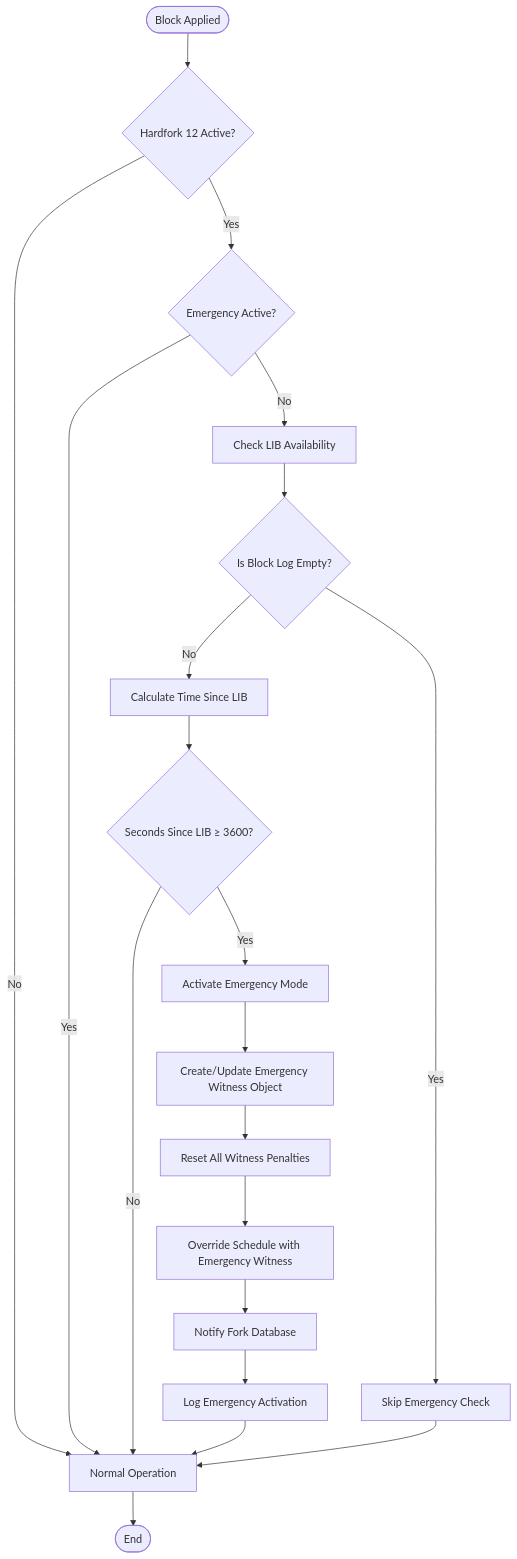
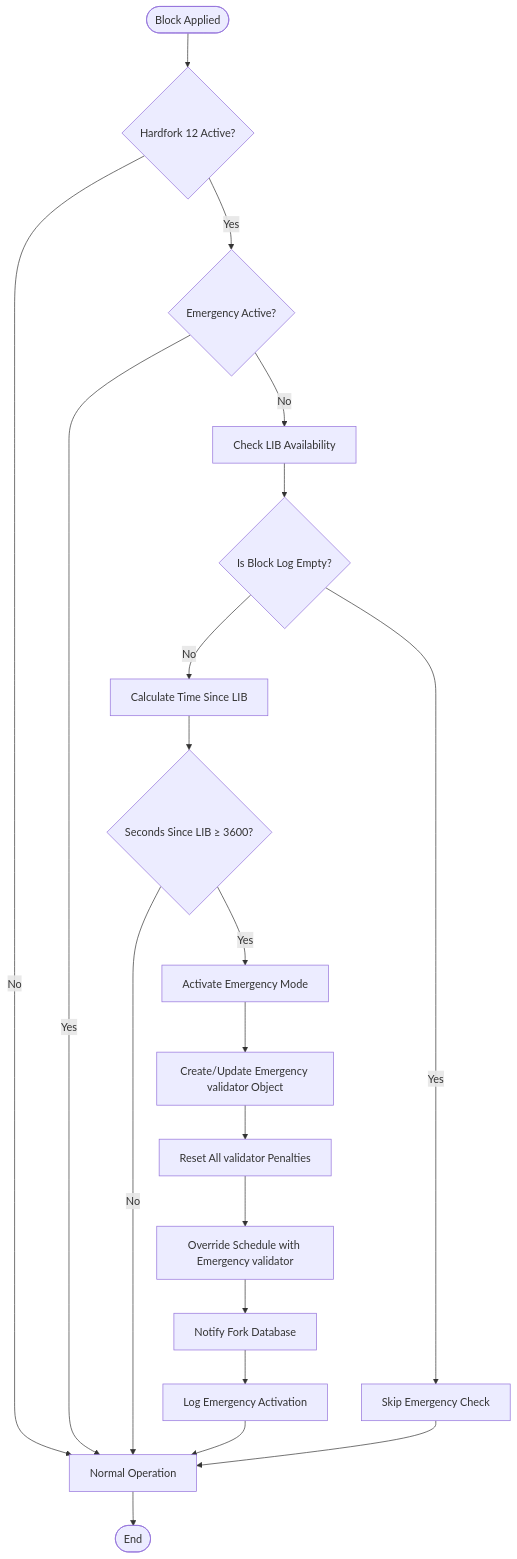
One commit to VIZ-Blockchain/viz-cpp-node changed the third of 9 diagrams in .qoder/repowiki/en/content/Core Libraries/Emergency Consensus System.md. Above: the diagram before and after it, drawn with Mermaid. The commit also changed other lines of this file and 88 other files, not shown here.

First line of the commit message:
docs(validator): rename witness to validator throughout documentation

````diff
--- a/.qoder/repowiki/en/content/Core Libraries/Emergency Consensus System.md
+++ b/.qoder/repowiki/en/content/Core Libraries/Emergency Consensus System.md
@@ -194,22 +194,22 @@
 ```mermaid
 flowchart TD
 Start([Block Applied]) --> CheckHF{"Hardfork 12 Active?"}
 CheckHF --> |No| Normal[Normal Operation]
 CheckHF --> |Yes| CheckActive{"Emergency Active?"}
 CheckActive --> |Yes| Normal
 CheckActive --> |No| CheckLIB["Check LIB Availability"]
 CheckLIB --> CheckEmpty{"Is Block Log Empty?"}
 CheckEmpty --> |Yes| SkipCheck["Skip Emergency Check"]
 CheckEmpty --> |No| CalcTime["Calculate Time Since LIB"]
 CalcTime --> CheckTimeout{"Seconds Since LIB ≥ 3600?"}
 CheckTimeout --> |No| Normal
 CheckTimeout --> |Yes| Activate["Activate Emergency Mode"]
-Activate --> CreateWitness["Create/Update Emergency Witness Object"]
-CreateWitness --> ResetPenalties["Reset All Witness Penalties"]
-ResetPenalties --> OverrideSchedule["Override Schedule with Emergency Witness"]
+Activate --> CreateWitness["Create/Update Emergency validator Object"]
+CreateWitness --> ResetPenalties["Reset All validator Penalties"]
+ResetPenalties --> OverrideSchedule["Override Schedule with Emergency validator"]
 OverrideSchedule --> NotifyFork["Notify Fork Database"]
 NotifyFork --> LogEvent["Log Emergency Activation"]
 LogEvent --> Normal
 SkipCheck --> Normal
 Normal --> End([End])
 ```
````
